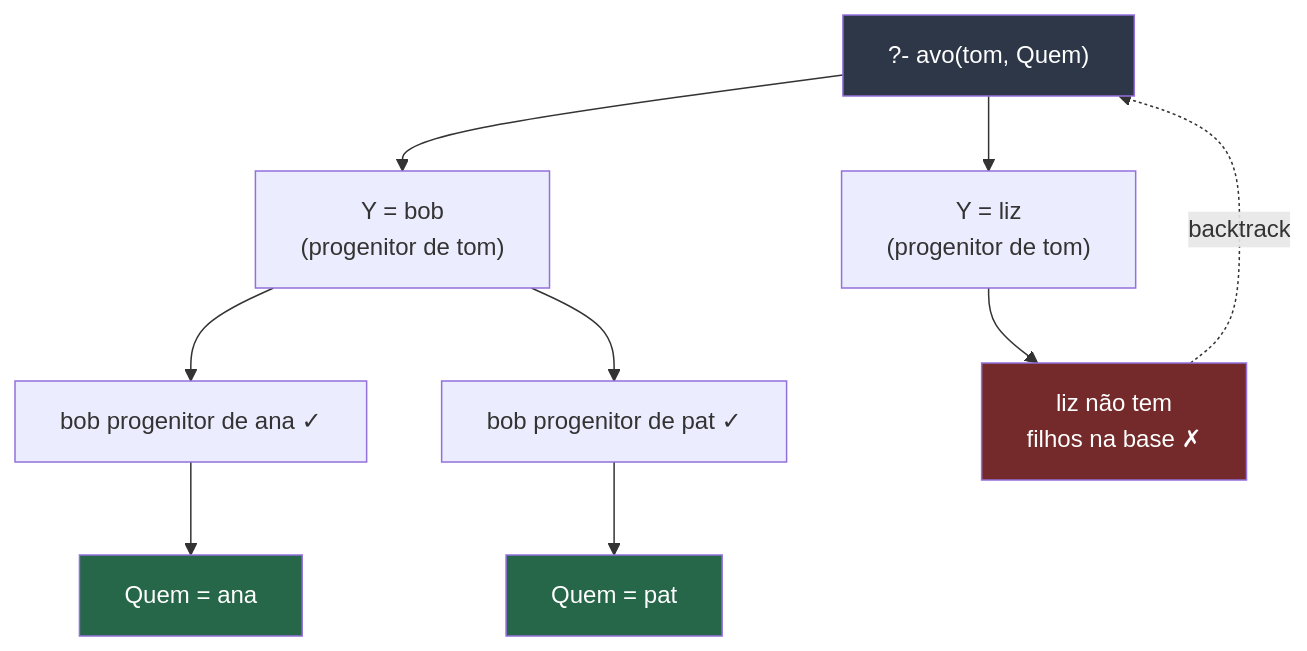
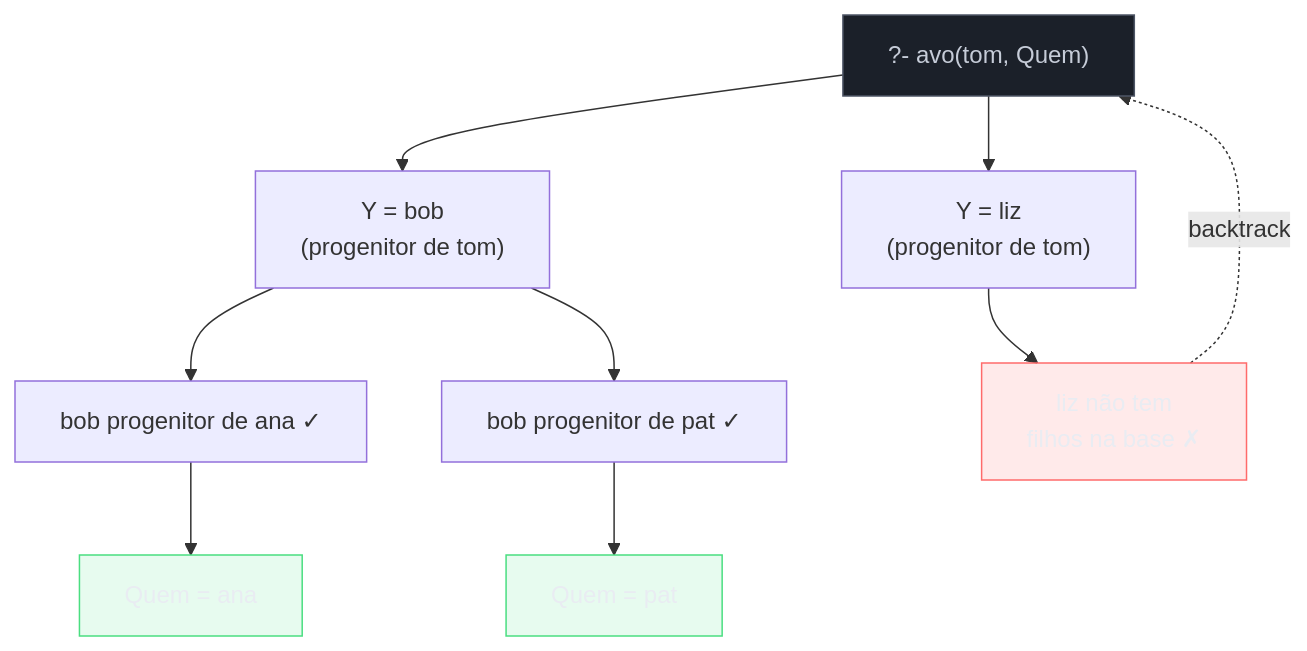
One commit to josenaldo/codex-technomanticus changed the third of 3 diagrams in 03-Dominios/Ciência/Paradigmas/11 - O paradigma lógico.md. Above: the diagram before and after it, drawn with Mermaid. The commit also changed other lines of this file and 1181 other files, not shown here.

First line of the commit message:
fix(diagramas): paleta do sistema no lugar de cor cravada no markdown

````diff
--- a/03-Dominios/Ciência/Paradigmas/11 - O paradigma lógico.md
+++ b/03-Dominios/Ciência/Paradigmas/11 - O paradigma lógico.md
@@ -145,15 +149,18 @@
 ```mermaid
 flowchart TD
+    classDef falha fill:#FF6B6B24,stroke:#FF6B6B,color:#E9ECF2
+    classDef ok fill:#4ADE8021,stroke:#4ADE80,color:#E9ECF2
+    classDef neutro fill:#1B2029,stroke:#4E5666,color:#C6CCD8
     Q["?- avo(tom, Quem)"] --> Y1["Y = bob<br/>(progenitor de tom)"]
     Q --> Y2["Y = liz<br/>(progenitor de tom)"]
     Y1 --> N1["bob progenitor de ana ✓"]
     Y1 --> N2["bob progenitor de pat ✓"]
     Y2 --> F["liz não tem<br/>filhos na base ✗"]
     N1 --> S1["Quem = ana"]
     N2 --> S2["Quem = pat"]
     F -. "backtrack" .-> Q
-    style F fill:#742a2a,color:#fff
-    style S1 fill:#276749,color:#fff
-    style S2 fill:#276749,color:#fff
-    style Q fill:#2d3748,color:#fff
+    class F falha
+    class S1 ok
+    class S2 ok
+    class Q neutro
 ```
````
